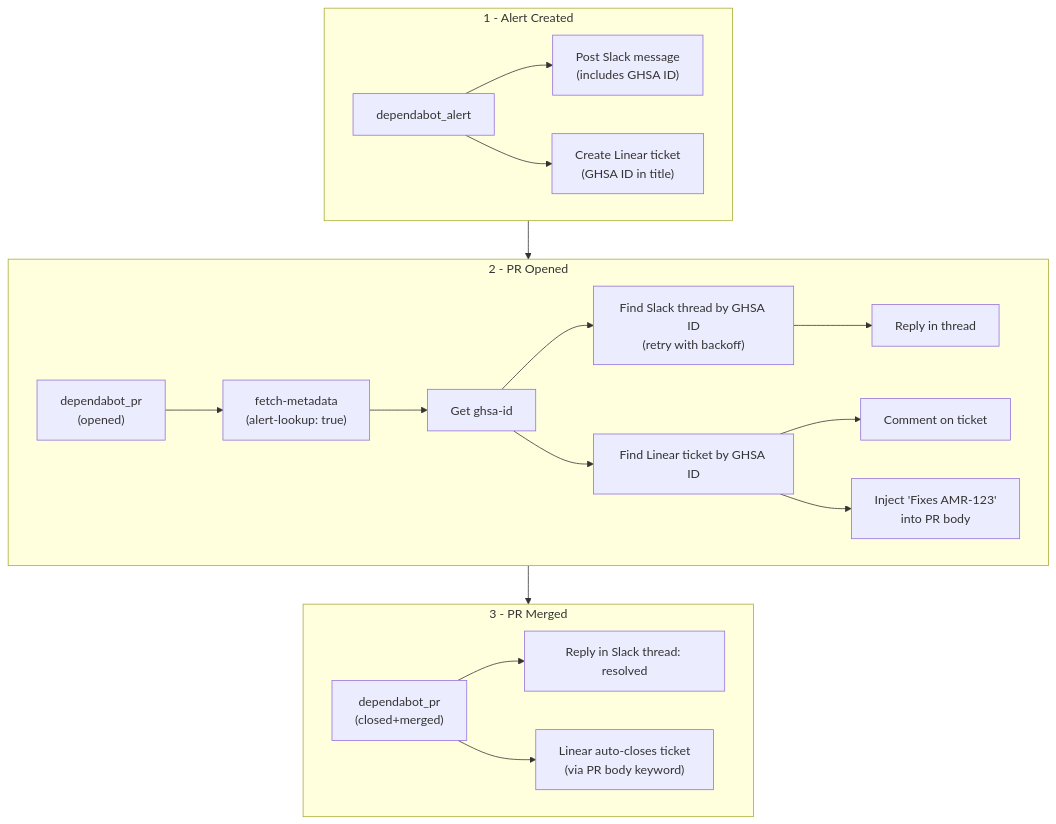
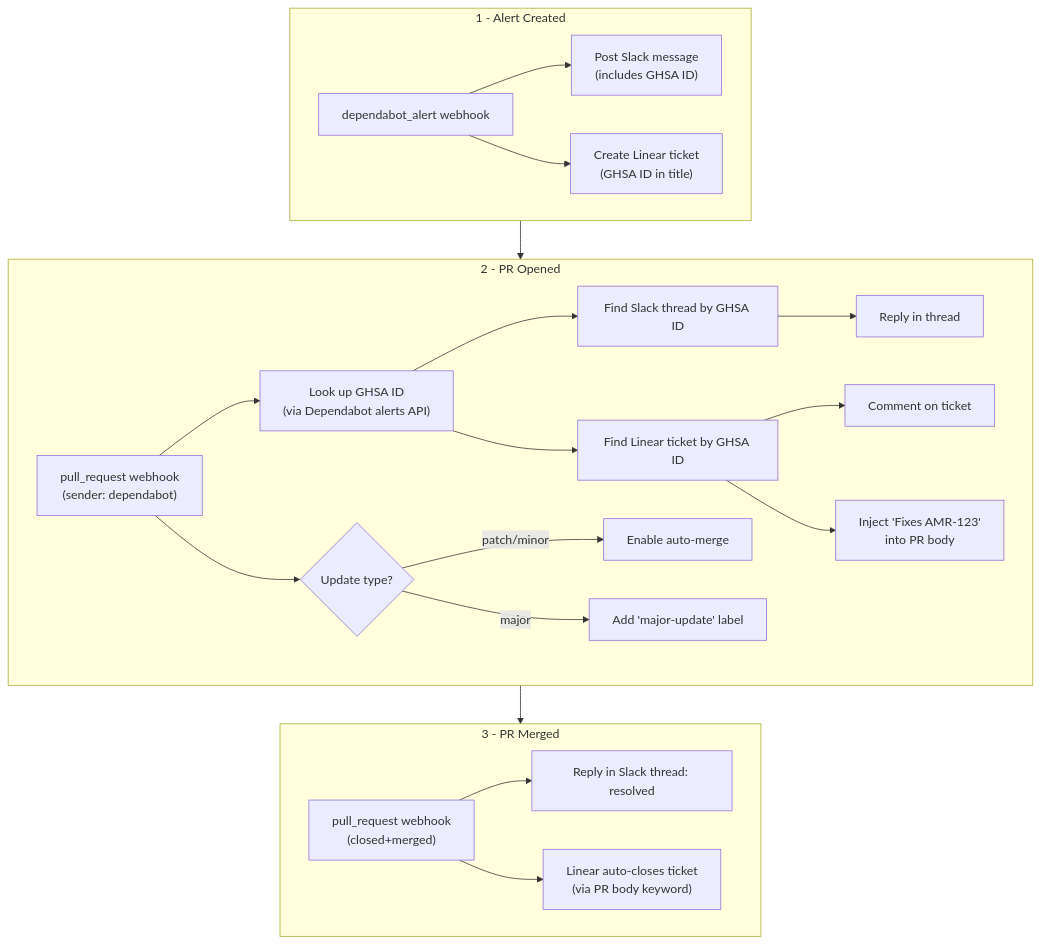
One commit to amera-apps/.github changed the second of 4 diagrams in README.md. Above: the diagram before and after it, drawn with Mermaid. The commit also changed other lines of this file and 15 other files, not shown here.

Commit message:
feat: moved dependabot alert/pr logic into a worker rather than a gh action

````diff
--- a/README.md
+++ b/README.md
@@ -30,25 +35,27 @@
 ```mermaid
 graph TD
     subgraph alert_phase [1 - Alert Created]
-        A1[dependabot_alert] --> A2["Post Slack message\n(includes GHSA ID)"]
+        A1["dependabot_alert webhook"] --> A2["Post Slack message\n(includes GHSA ID)"]
         A1 --> A3["Create Linear ticket\n(GHSA ID in title)"]
     end
 
     subgraph pr_opened [2 - PR Opened]
-        B1["dependabot_pr\n(opened)"] --> B2["fetch-metadata\n(alert-lookup: true)"]
-        B2 --> B3[Get ghsa-id]
-        B3 --> B4["Find Slack thread by GHSA ID\n(retry with backoff)"]
-        B4 --> B5[Reply in thread]
-        B3 --> B6[Find Linear ticket by GHSA ID]
-        B6 --> B7[Comment on ticket]
-        B6 --> B8["Inject 'Fixes AMR-123'\ninto PR body"]
+        B1["pull_request webhook\n(sender: dependabot)"] --> B2["Look up GHSA ID\n(via Dependabot alerts API)"]
+        B2 --> B3["Find Slack thread by GHSA ID"]
+        B3 --> B4[Reply in thread]
+        B2 --> B5[Find Linear ticket by GHSA ID]
+        B5 --> B6[Comment on ticket]
+        B5 --> B7["Inject 'Fixes AMR-123'\ninto PR body"]
+        B1 --> B8{"Update type?"}
+        B8 -->|"patch/minor"| B9[Enable auto-merge]
+        B8 -->|"major"| B10["Add 'major-update' label"]
     end
 
     subgraph pr_merged [3 - PR Merged]
-        C1["dependabot_pr\n(closed+merged)"] --> C2[Reply in Slack thread: resolved]
+        C1["pull_request webhook\n(closed+merged)"] --> C2[Reply in Slack thread: resolved]
         C1 --> C3["Linear auto-closes ticket\n(via PR body keyword)"]
     end
 
     alert_phase --> pr_opened
     pr_opened --> pr_merged
 ```
````
